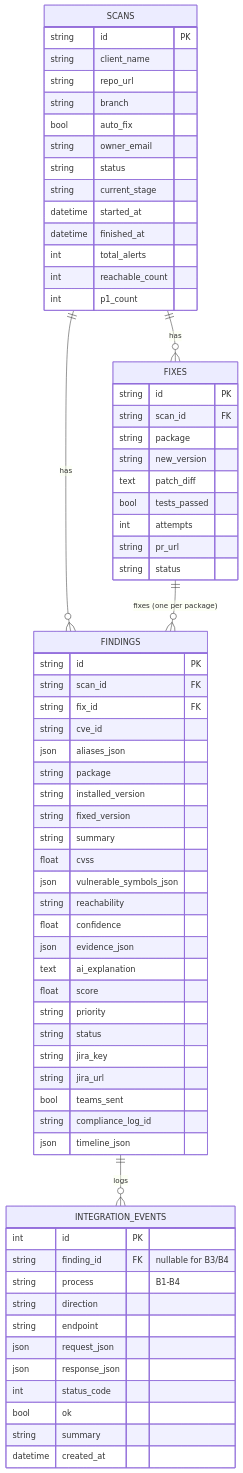
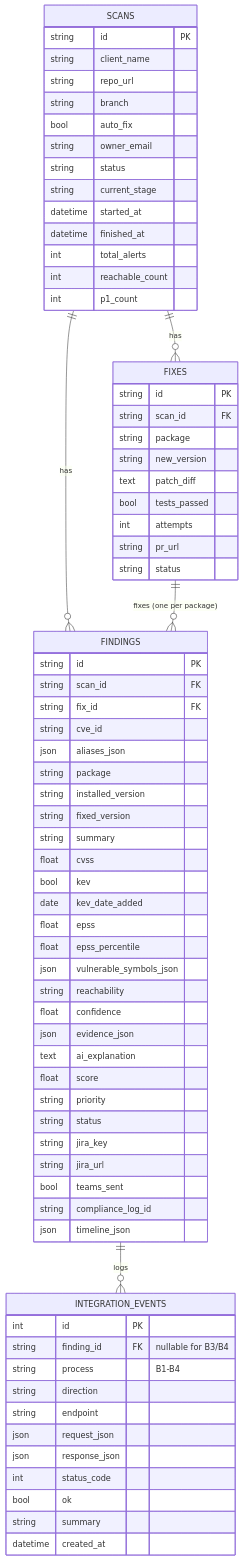
One commit to BommepalliRoop/patchpilot-dryrun changed the eighth of 11 diagrams in docs/DIAGRAMS.md. Above: the diagram before and after it, drawn with Mermaid. The commit also changed other lines of this file and 21 other files, not shown here.

First line of the commit message:
Add CISA KEV + EPSS exploit data to scoring, contracts, UI and Boomi

````diff
--- a/docs/DIAGRAMS.md
+++ b/docs/DIAGRAMS.md
@@ -262,72 +267,76 @@
 ```mermaid
 erDiagram
     SCANS ||--o{ FINDINGS : has
     SCANS ||--o{ FIXES : has
     FIXES ||--o{ FINDINGS : "fixes (one per package)"
     FINDINGS ||--o{ INTEGRATION_EVENTS : logs
 
     SCANS {
         string id PK
         string client_name
         string repo_url
         string branch
         bool auto_fix
         string owner_email
         string status
         string current_stage
         datetime started_at
         datetime finished_at
         int total_alerts
         int reachable_count
         int p1_count
     }
     FINDINGS {
         string id PK
         string scan_id FK
         string fix_id FK
         string cve_id
         json aliases_json
         string package
         string installed_version
         string fixed_version
         string summary
         float cvss
+        bool kev
+        date kev_date_added
+        float epss
+        float epss_percentile
         json vulnerable_symbols_json
         string reachability
         float confidence
         json evidence_json
         text ai_explanation
         float score
         string priority
         string status
         string jira_key
         string jira_url
         bool teams_sent
         string compliance_log_id
         json timeline_json
     }
     FIXES {
         string id PK
         string scan_id FK
         string package
         string new_version
         text patch_diff
         bool tests_passed
         int attempts
         string pr_url
         string status
     }
     INTEGRATION_EVENTS {
         int id PK
         string finding_id FK "nullable for B3/B4"
         string process "B1-B4"
         string direction
         string endpoint
         json request_json
         json response_json
         int status_code
         bool ok
         string summary
         datetime created_at
     }
 ```
````
